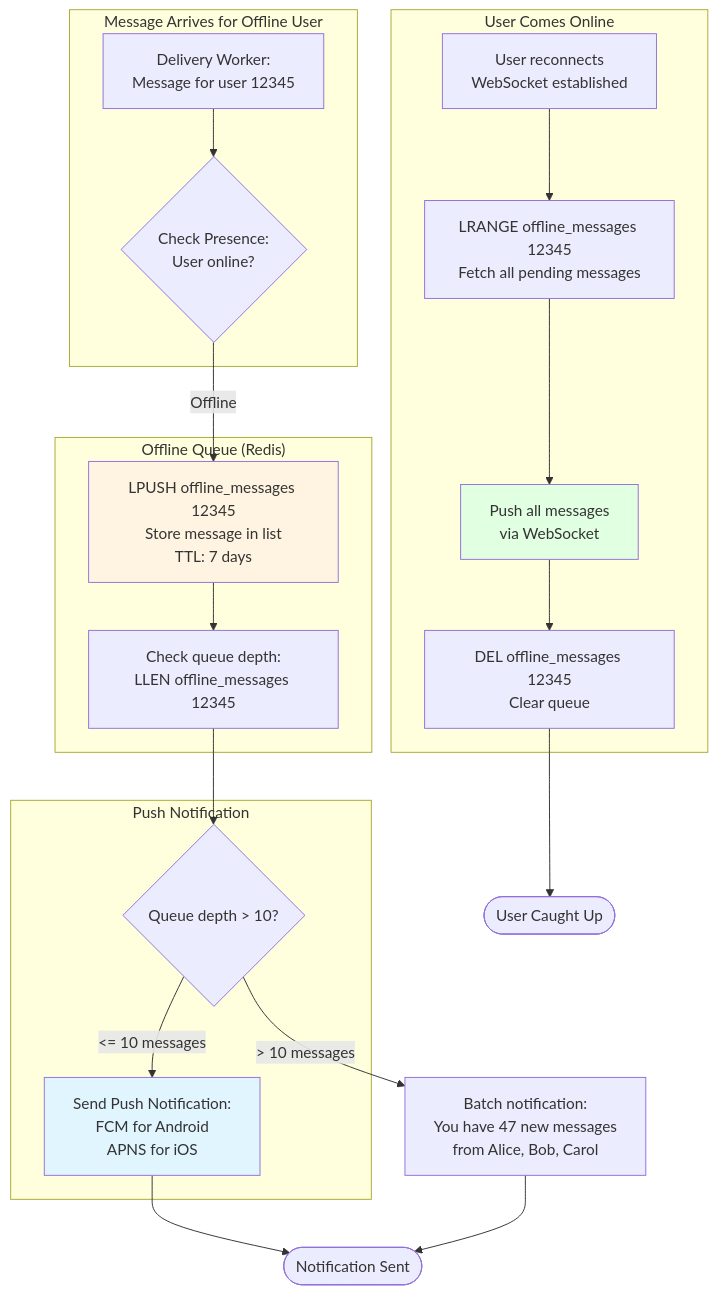
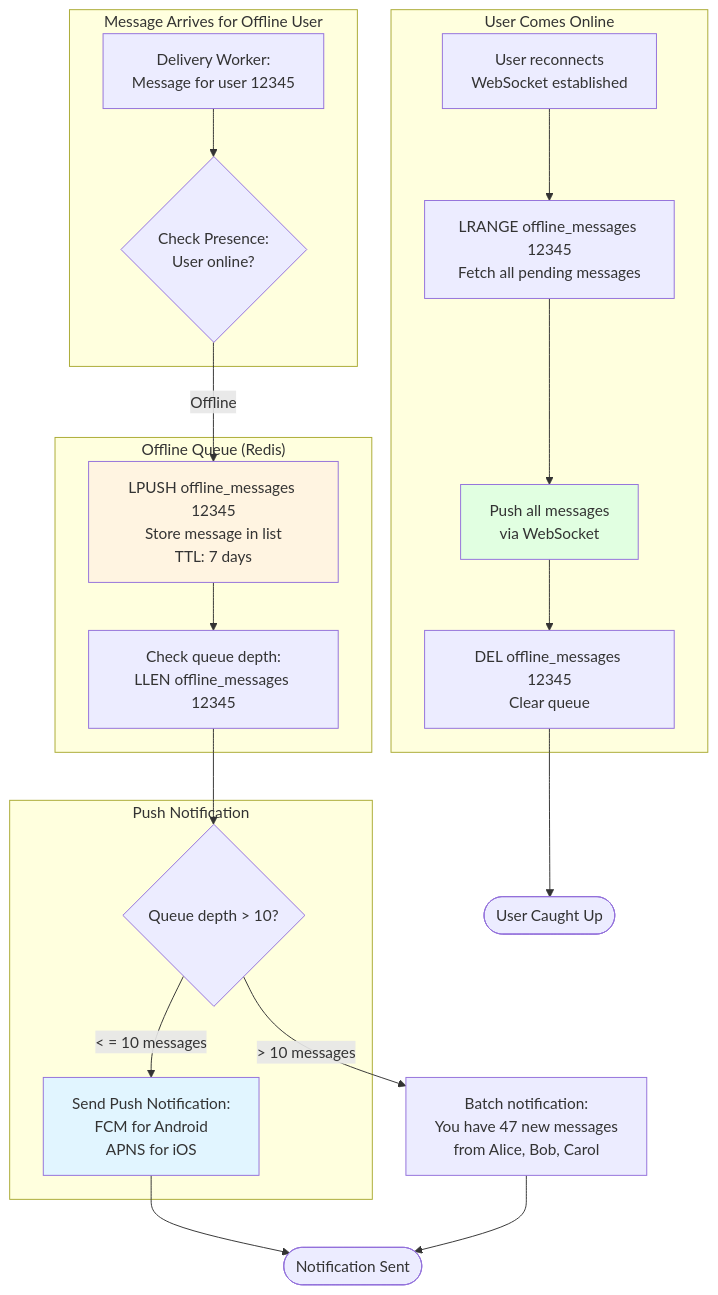
One commit to piyush7199/hld-architecture-handbook changed the ninth of 12 diagrams in 03-challenges/3.3.1-live-chat-system/hld-diagram.md. Above: the diagram before and after it, drawn with Mermaid. The commit also changed other lines of this file and 23 other files, not shown here.

````diff
--- a/03-challenges/3.3.1-live-chat-system/hld-diagram.md
+++ b/03-challenges/3.3.1-live-chat-system/hld-diagram.md
@@ -725,44 +683,40 @@
 ```mermaid
 graph TB
     subgraph "Message Arrives for Offline User"
         MSG[Delivery Worker:<br/>Message for user 12345]
         CHECK{Check Presence:<br/>User online?}
     end
-    
+
     subgraph "Offline Queue (Redis)"
         QUEUE[LPUSH offline_messages 12345<br/>Store message in list<br/>TTL: 7 days]
         COUNT[Check queue depth:<br/>LLEN offline_messages 12345]
     end
-    
+
     subgraph "Push Notification"
         PUSH[Send Push Notification:<br/>FCM for Android<br/>APNS for iOS]
         BATCH{Queue depth > 10?}
     end
-    
+
     subgraph "User Comes Online"
         CONNECT[User reconnects<br/>WebSocket established]
         FETCH[LRANGE offline_messages 12345<br/>Fetch all pending messages]
         DELIVER[Push all messages<br/>via WebSocket]
         CLEAR[DEL offline_messages 12345<br/>Clear queue]
     end
-    
+
     MSG --> CHECK
     CHECK -->|Offline| QUEUE
     QUEUE --> COUNT
     COUNT --> BATCH
-    
-    BATCH -->|<= 10 messages| PUSH
+    BATCH -->|< = 10 messages| PUSH
     BATCH -->|> 10 messages| BATCH_PUSH[Batch notification:<br/>You have 47 new messages<br/>from Alice, Bob, Carol]
-    
     PUSH --> DONE1([Notification Sent])
     BATCH_PUSH --> DONE1
-    
     CONNECT --> FETCH
     FETCH --> DELIVER
     DELIVER --> CLEAR
     CLEAR --> DONE2([User Caught Up])
-    
-    style QUEUE fill:#fff4e1
-    style PUSH fill:#e1f5ff
-    style DELIVER fill:#e1ffe1
+    style QUEUE fill: #fff4e1
+    style PUSH fill: #e1f5ff
+    style DELIVER fill: #e1ffe1
 ```
````
